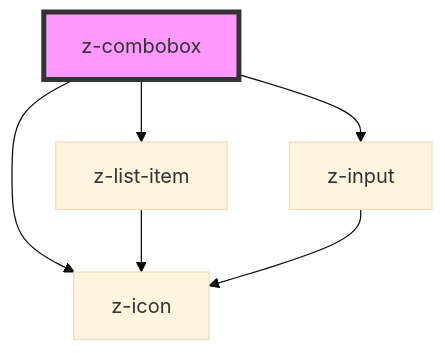
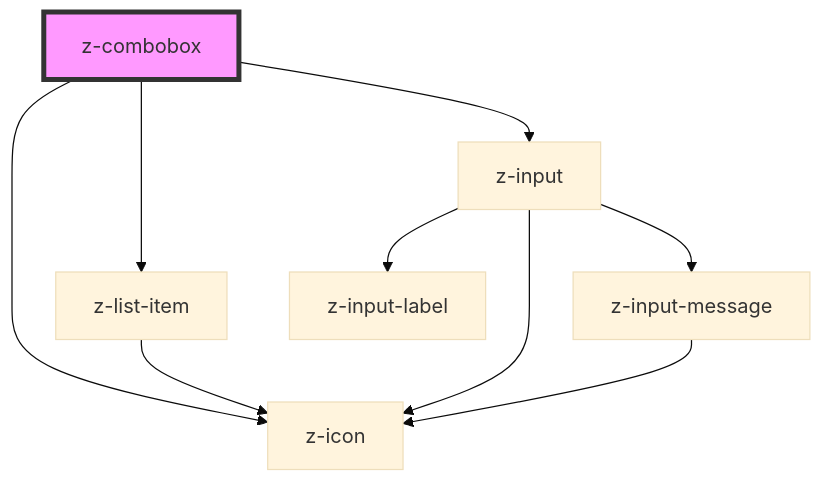
One commit to ZanichelliEditore/design-system changed the diagram in src/components/inputs/z-combobox/readme.md. Above: the diagram before and after it, drawn with Mermaid (base theme). The commit also changed 4 other files, not shown here.

````diff
--- a/src/components/inputs/z-combobox/readme.md
+++ b/src/components/inputs/z-combobox/readme.md
@@ -68,9 +68,12 @@
 ```mermaid
 graph TD;
   z-combobox --> z-icon
   z-combobox --> z-list-item
   z-combobox --> z-input
   z-list-item --> z-icon
+  z-input --> z-input-label
   z-input --> z-icon
+  z-input --> z-input-message
+  z-input-message --> z-icon
   style z-combobox fill:#f9f,stroke:#333,stroke-width:4px
 ```
````
